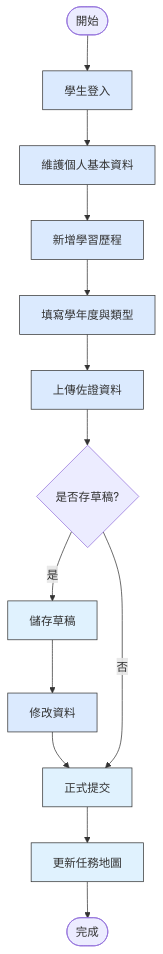
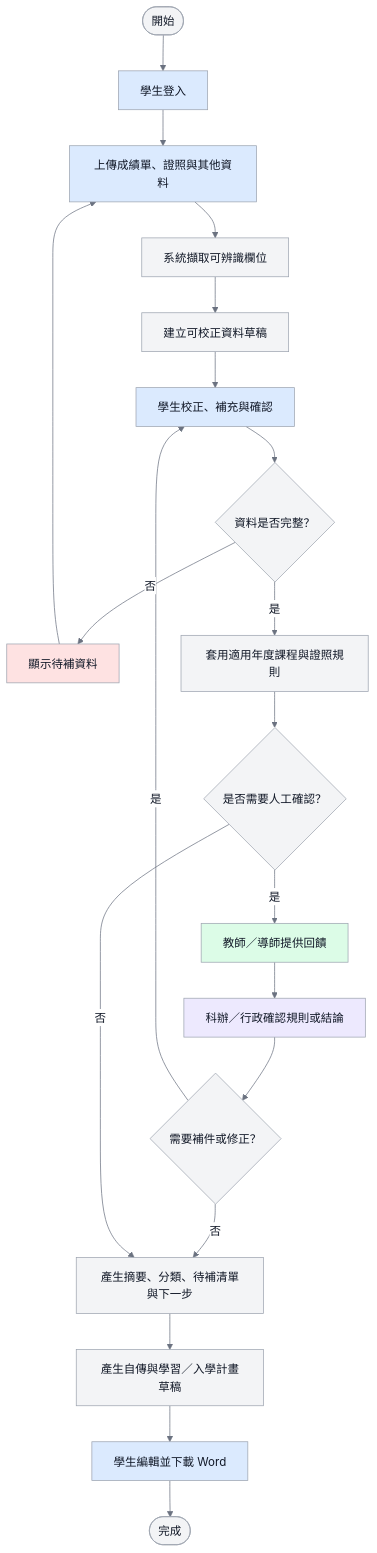
One commit to vujhdcusa/1028 changed the second of 8 diagrams in docs/04_圖表與介面/diagrams.md. Above: the diagram before and after it, drawn with Mermaid. The commit also changed other lines of this file and 16 other files, not shown here.

Commit message:
docs: correct learning portfolio flow diagrams

````diff
--- a/docs/04_圖表與介面/diagrams.md
+++ b/docs/04_圖表與介面/diagrams.md
@@ -86,18 +37,29 @@
 ```mermaid
+%%{init: {'theme':'base','themeVariables': {'fontFamily':'Microsoft JhengHei, Noto Sans TC, Arial, sans-serif','primaryColor':'#F3F4F6','primaryTextColor':'#111827','primaryBorderColor':'#9CA3AF','lineColor':'#6B7280','edgeLabelBackground':'#FFFFFF'}}}%%
 flowchart TD
-    classDef student fill:#DBEAFE,stroke:#333;
-    classDef backend fill:#E0F2FE,stroke:#333;
+    classDef student fill:#DBEAFE,stroke:#9CA3AF,color:#111827,stroke-width:1px;
+    classDef system fill:#F3F4F6,stroke:#9CA3AF,color:#111827,stroke-width:1px;
+    classDef teacher fill:#DCFCE7,stroke:#9CA3AF,color:#111827,stroke-width:1px;
+    classDef staff fill:#EDE9FE,stroke:#9CA3AF,color:#111827,stroke-width:1px;
+    classDef alert fill:#FEE2E2,stroke:#9CA3AF,color:#111827,stroke-width:1px;
 
     Start([開始]) --> Login[學生登入]:::student
-    Login --> Profile[維護個人基本資料]:::student
-    Profile --> Portfolio[新增學習歷程]:::student
-    Portfolio --> Classify[填寫學年度與類型]:::student
-    Classify --> Evidence[上傳佐證資料]:::student
-    Evidence --> Draft{是否存草稿?}
-    Draft -- 是 --> SaveDraft[儲存草稿]:::backend
-    SaveDraft --> Edit[修改資料]:::student
-    Edit --> Submit[正式提交]:::backend
-    Draft -- 否 --> Submit
-    Submit --> Milestone[更新任務地圖]:::backend
-    Milestone --> End([完成])
+    Login --> Upload[上傳成績單、證照與其他資料]:::student
+    Upload --> Extract[系統擷取可辨識欄位]:::system
+    Extract --> Draft[建立可校正資料草稿]:::system
+    Draft --> Confirm[學生校正、補充與確認]:::student
+    Confirm --> Complete{資料是否完整？}
+    Complete -- 否 --> Missing[顯示待補資料]:::alert
+    Missing --> Upload
+    Complete -- 是 --> Rules[套用適用年度課程與證照規則]:::system
+    Rules --> Review{是否需要人工確認？}
+    Review -- 是 --> Teacher[教師／導師提供回饋]:::teacher
+    Teacher --> Staff[科辦／行政確認規則或結論]:::staff
+    Staff --> Fix{需要補件或修正？}
+    Fix -- 是 --> Confirm
+    Fix -- 否 --> Results[產生摘要、分類、待補清單與下一步]:::system
+    Review -- 否 --> Results
+    Results --> Document[產生自傳與學習／入學計畫草稿]:::system
+    Document --> Edit[學生編輯並下載 Word]:::student
+    Edit --> End([完成])
 ```
````
